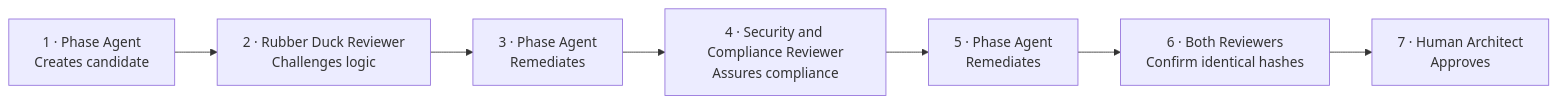
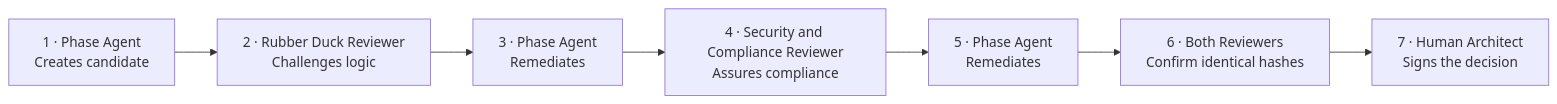
The second of 2 diagrams in README.md (aramsmith/agentic-architecture-v2), drawn with Mermaid before and after one commit. The commit also changed other lines of this file, not shown here.

````diff
--- a/README.md
+++ b/README.md
@@ -172,10 +183,10 @@
 ```mermaid
 flowchart LR
     A["1 · Phase Agent<br/>Creates candidate"] -->
     B["2 · Rubber Duck Reviewer<br/>Challenges logic"] -->
     C["3 · Phase Agent<br/>Remediates"] -->
     D["4 · Security and Compliance Reviewer<br/>Assures compliance"] -->
     E["5 · Phase Agent<br/>Remediates"] -->
     F["6 · Both Reviewers<br/>Confirm identical hashes"] -->
-    G["7 · Human Architect<br/>Approves"]
+    G["7 · Human Architect<br/>Signs the decision"]
 ```
````
